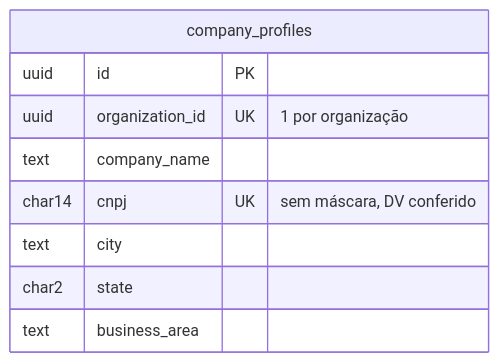
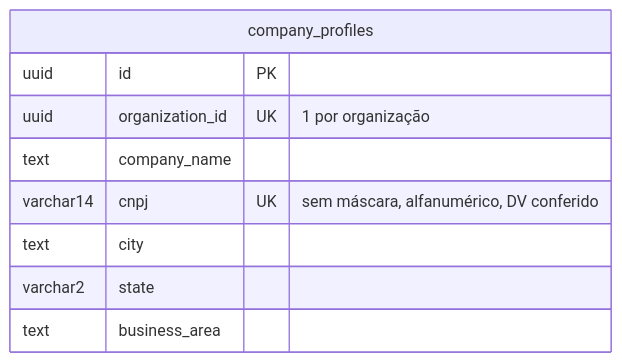
One commit to lucasvidalz/licitaedital-api2 changed the second of 6 diagrams in docs/modelagem-dados.md. Above: the diagram before and after it, drawn with Mermaid. The commit also changed other lines of this file and 15 other files, not shown here.

````diff
--- a/docs/modelagem-dados.md
+++ b/docs/modelagem-dados.md
@@ -90,12 +90,12 @@
 ```mermaid
 erDiagram
   company_profiles {
     uuid id PK
     uuid organization_id UK "1 por organização"
     text company_name
-    char14 cnpj UK "sem máscara, DV conferido"
+    varchar14 cnpj UK "sem máscara, alfanumérico, DV conferido"
     text city
-    char2 state
+    varchar2 state
     text business_area
   }
 ```
````
